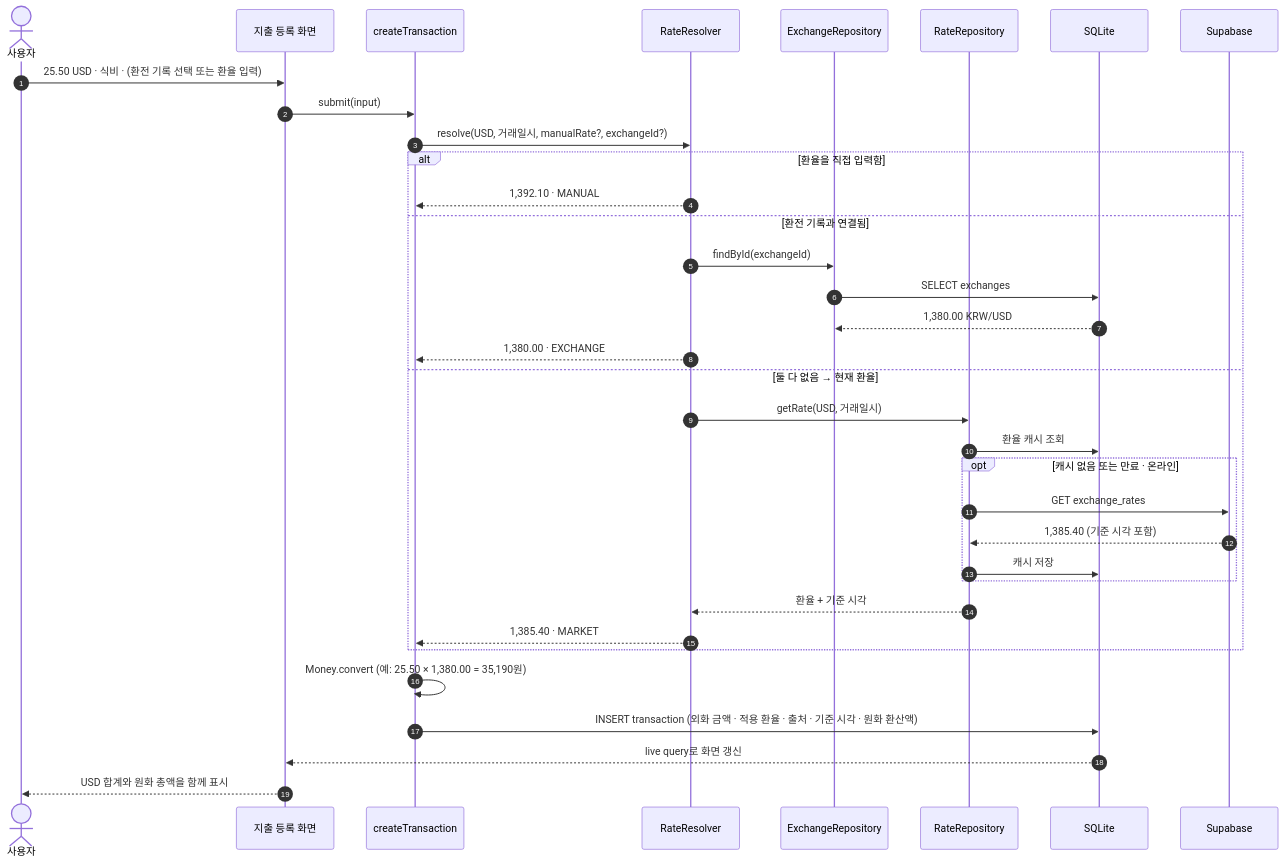
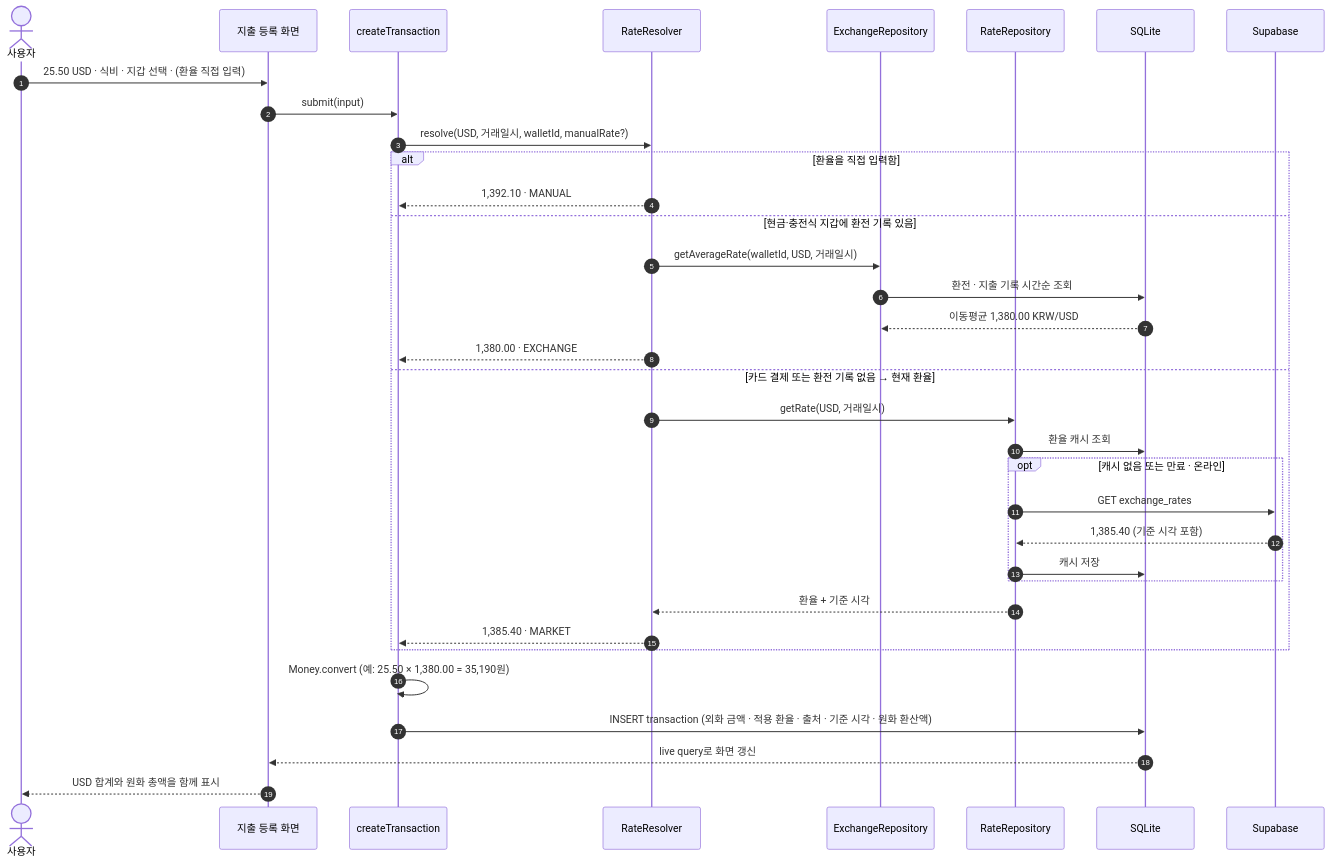
Before and after one commit to Xeoyeon/tradger: the third of 5 diagrams in docs/01-architecture.md, drawn with Mermaid. The commit also changed other lines of this file and 2 other files, not shown here.

````diff
--- a/docs/01-architecture.md
+++ b/docs/01-architecture.md
@@ -148,38 +151,38 @@
 ```mermaid
 sequenceDiagram
   autonumber
   actor U as 사용자
   participant F as 지출 등록 화면
   participant UC as createTransaction
   participant RR as RateResolver
   participant EX as ExchangeRepository
   participant RT as RateRepository
   participant DB as SQLite
   participant SB as Supabase
 
-  U->>F: 25.50 USD · 식비 · (환전 기록 선택 또는 환율 입력)
+  U->>F: 25.50 USD · 식비 · 지갑 선택 · (환율 직접 입력)
   F->>UC: submit(input)
-  UC->>RR: resolve(USD, 거래일시, manualRate?, exchangeId?)
+  UC->>RR: resolve(USD, 거래일시, walletId, manualRate?)
   alt 환율을 직접 입력함
     RR-->>UC: 1,392.10 · MANUAL
-  else 환전 기록과 연결됨
-    RR->>EX: findById(exchangeId)
-    EX->>DB: SELECT exchanges
-    DB-->>EX: 1,380.00 KRW/USD
+  else 현금·충전식 지갑에 환전 기록 있음
+    RR->>EX: getAverageRate(walletId, USD, 거래일시)
+    EX->>DB: 환전 · 지출 기록 시간순 조회
+    DB-->>EX: 이동평균 1,380.00 KRW/USD
     RR-->>UC: 1,380.00 · EXCHANGE
-  else 둘 다 없음 → 현재 환율
+  else 카드 결제 또는 환전 기록 없음 → 현재 환율
     RR->>RT: getRate(USD, 거래일시)
     RT->>DB: 환율 캐시 조회
     opt 캐시 없음 또는 만료 · 온라인
       RT->>SB: GET exchange_rates
       SB-->>RT: 1,385.40 (기준 시각 포함)
       RT->>DB: 캐시 저장
     end
     RT-->>RR: 환율 + 기준 시각
     RR-->>UC: 1,385.40 · MARKET
   end
   UC->>UC: Money.convert (예: 25.50 × 1,380.00 = 35,190원)
   UC->>DB: INSERT transaction (외화 금액 · 적용 환율 · 출처 · 기준 시각 · 원화 환산액)
   DB-->>F: live query로 화면 갱신
   F-->>U: USD 합계와 원화 총액을 함께 표시
 ```
````
